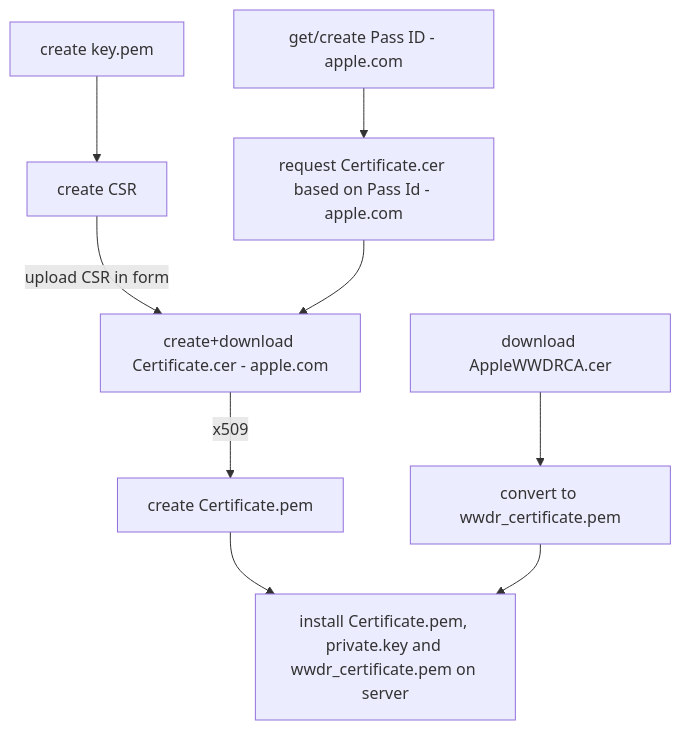
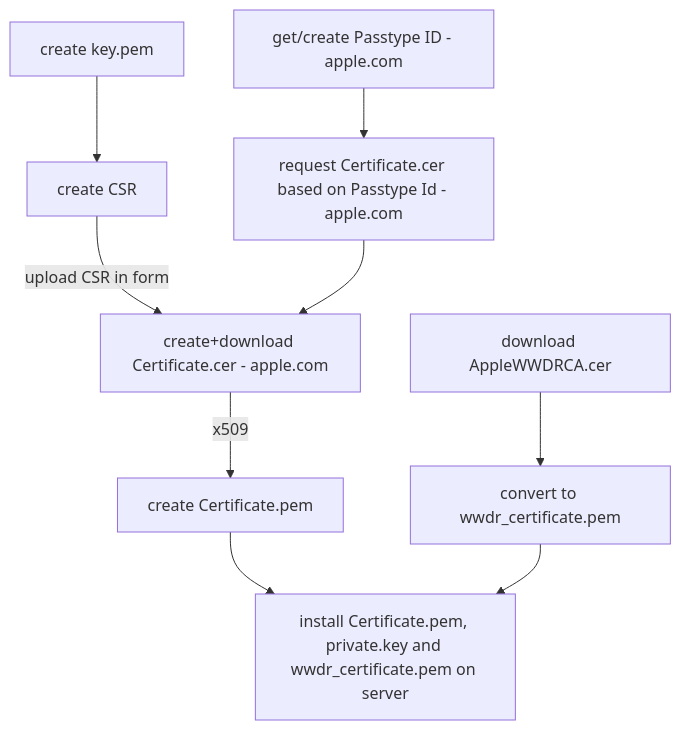
One commit to edutap-eu/edutap.models_apple changed the diagram in README.md. Above: the diagram before and after it, drawn with Mermaid. The commit also changed other lines of this file and 6 other files, not shown here.

````diff
--- a/README.md
+++ b/README.md
@@ -13,13 +13,13 @@
 ```mermaid
 flowchart TD
     B[create private key.pem]
-    D[get/create Pass ID - apple.com]
+    D[get/create Passtype ID - apple.com]
     WWDR[download AppleWWDRCA.cer] -->WWDRPEM[convert to wwdr_certificate.pem]
-    D --> E[request Certificate.cer based on Pass Id - apple.com]
+    D --> E[request Certificate.cer based on Passtype Id - apple.com]
     B[create key.pem] --> CSR[create CSR]
     CSR -->|upload CSR in form| F[create+download Certificate.cer - apple.com]
     E --> F
     F -->|x509| G[create Certificate.pem]
     G --> H[install Certificate.pem, private.key and wwdr_certificate.pem on server]
     WWDRPEM --> H
 ```
````
